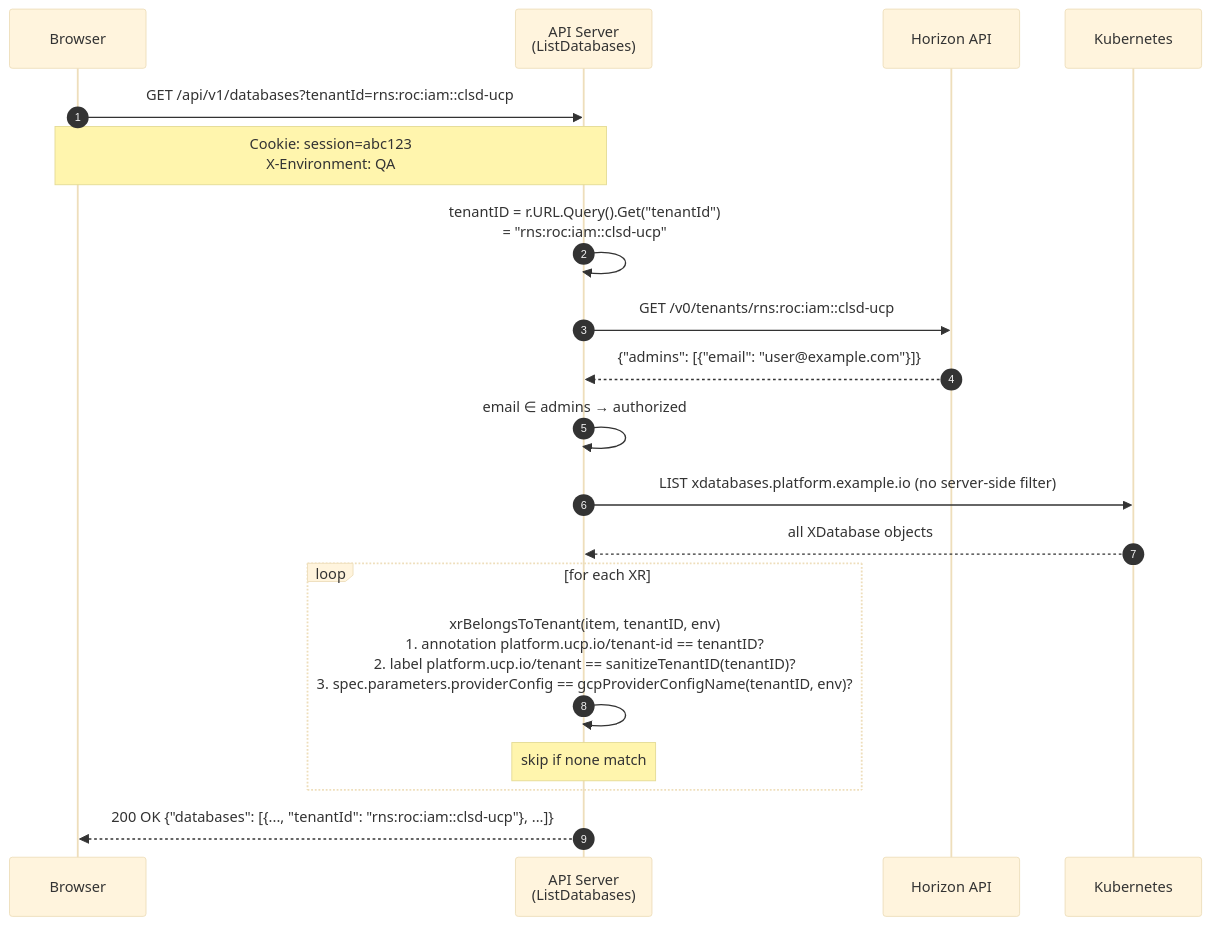
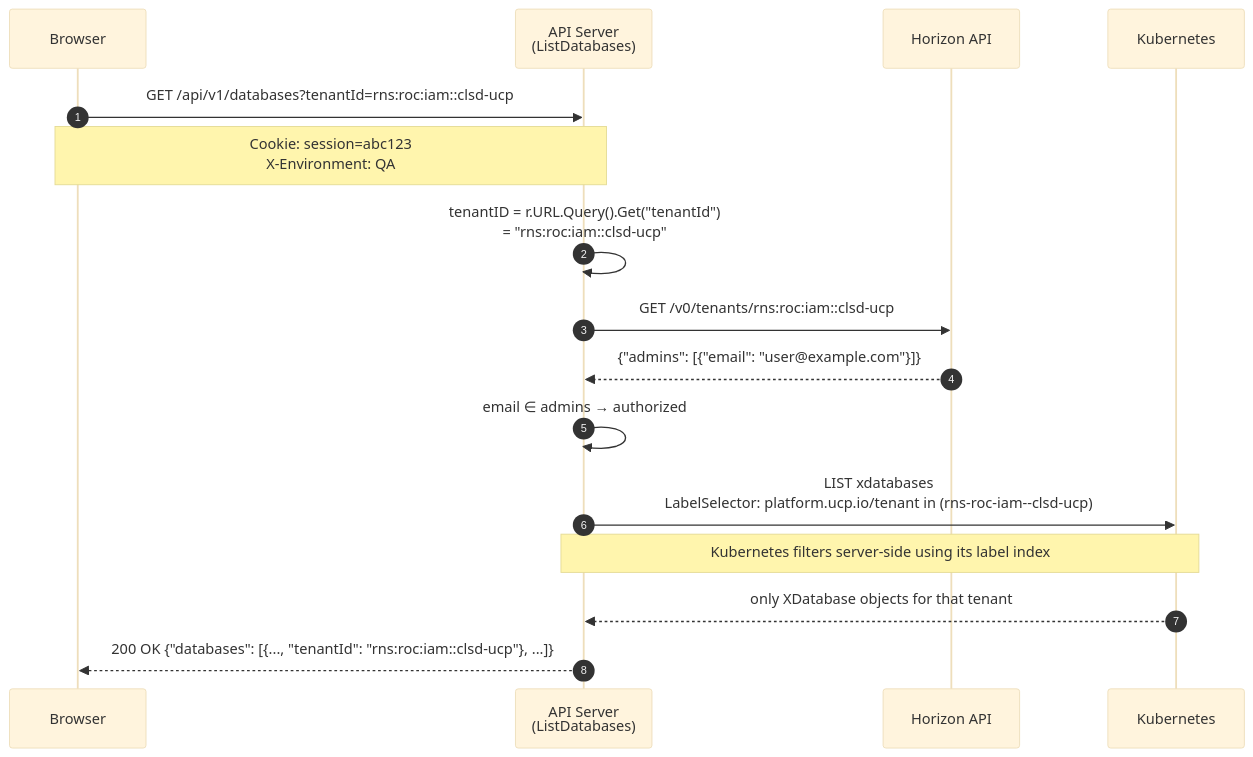
Before and after one commit to aripermana-putra/ucp-docs-collection: the second of 3 diagrams in docs/projects/universal-control-plane-ucp/pocs/tenant-isolation/implementation.md, drawn with Mermaid (base theme). The commit also changed other lines of this file and 1 other file, not shown here.

First line of the commit message:
MCUCP-192: Update tenant isolation docs to reflect server-side K8s filtering

````diff
--- a/docs/projects/universal-control-plane-ucp/pocs/tenant-isolation/implementation.md
+++ b/docs/projects/universal-control-plane-ucp/pocs/tenant-isolation/implementation.md
@@ -118,28 +119,24 @@
 ```mermaid
 sequenceDiagram
     autonumber
 
     participant Browser
     participant Handler as API Server<br/>(ListDatabases)
     participant Horizon as Horizon API
     participant K8s as Kubernetes
 
     Browser->>Handler: GET /api/v1/databases?tenantId=rns:roc:iam::clsd-ucp
     Note over Browser,Handler: Cookie: session=abc123<br/>X-Environment: QA
 
     Handler->>Handler: tenantID = r.URL.Query().Get("tenantId")<br/>= "rns:roc:iam::clsd-ucp"
 
     Handler->>Horizon: GET /v0/tenants/rns:roc:iam::clsd-ucp
     Horizon-->>Handler: {"admins": [{"email": "user@example.com"}]}
     Handler->>Handler: email ∈ admins → authorized
 
-    Handler->>K8s: LIST xdatabases.platform.example.io (no server-side filter)
-    K8s-->>Handler: all XDatabase objects
-
-    loop for each XR
-        Handler->>Handler: xrBelongsToTenant(item, tenantID, env)<br/>1. annotation platform.ucp.io/tenant-id == tenantID?<br/>2. label platform.ucp.io/tenant == sanitizeTenantID(tenantID)?<br/>3. spec.parameters.providerConfig == gcpProviderConfigName(tenantID, env)?
-        Note over Handler: skip if none match
-    end
+    Handler->>K8s: LIST xdatabases<br/>LabelSelector: platform.ucp.io/tenant in (rns-roc-iam--clsd-ucp)
+    Note over Handler,K8s: Kubernetes filters server-side using its label index
+    K8s-->>Handler: only XDatabase objects for that tenant
 
     Handler-->>Browser: 200 OK {"databases": [{..., "tenantId": "rns:roc:iam::clsd-ucp"}, ...]}
 ```
````
